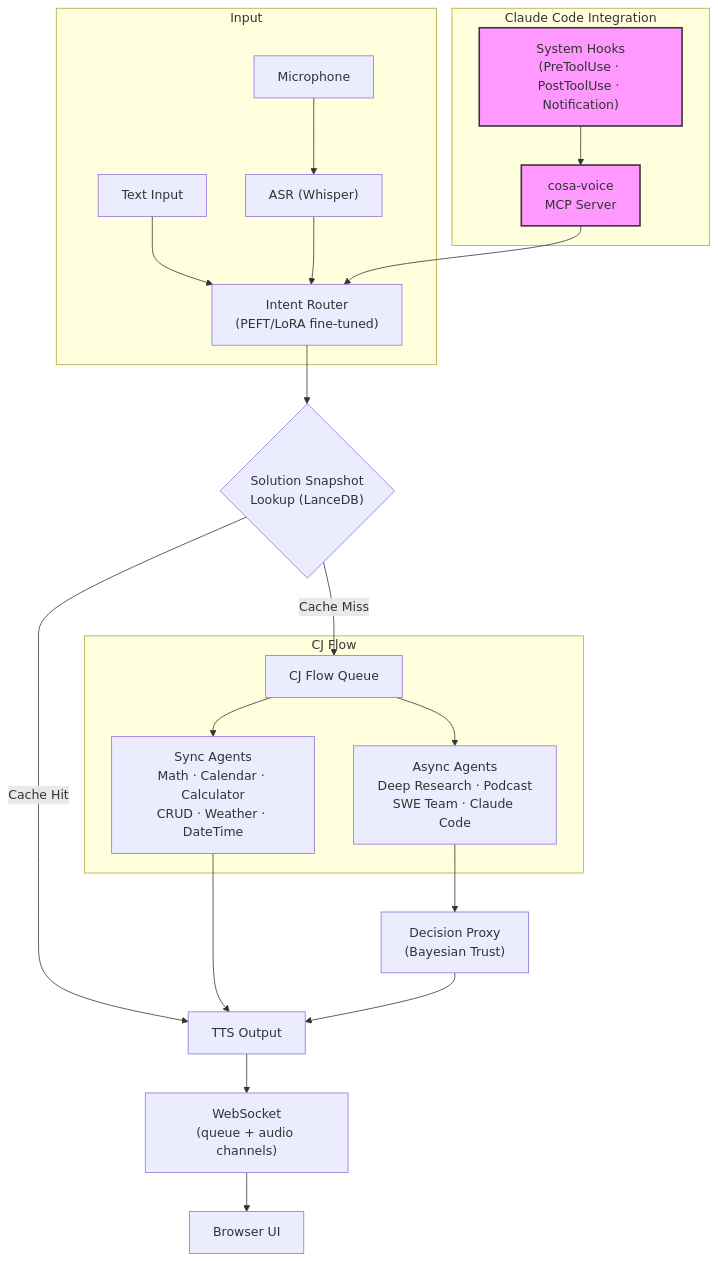
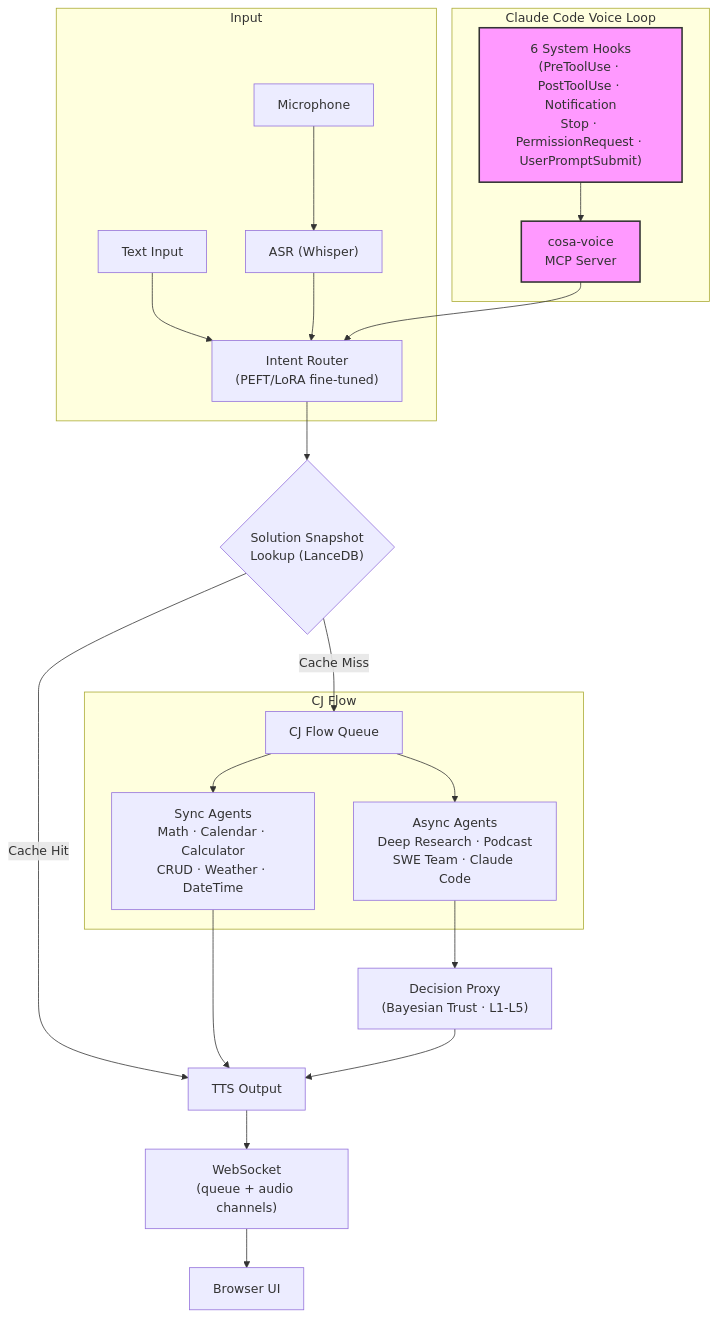
The diagram in README.md (deepily/lupin), drawn with Mermaid before and after one commit. The commit also changed other lines of this file and 4 other files, not shown here.

````diff
--- a/README.md
+++ b/README.md
@@ -35,33 +45,33 @@
 ```mermaid
 flowchart TD
     subgraph Input
         MIC["Microphone"] --> ASR["ASR (Whisper)"]
         TEXT["Text Input"] --> ROUTER
     end
 
     ASR --> ROUTER["Intent Router<br/>(PEFT/LoRA fine-tuned)"]
 
     ROUTER --> SNAP{"Solution Snapshot<br/>Lookup (LanceDB)"}
     SNAP -- "Cache Hit" --> TTS["TTS Output"]
     SNAP -- "Cache Miss" --> CJ["CJ Flow Queue"]
 
     subgraph CJ Flow
         CJ --> SYNC["Sync Agents<br/>Math · Calendar · Calculator<br/>CRUD · Weather · DateTime"]
         CJ --> ASYNC["Async Agents<br/>Deep Research · Podcast<br/>SWE Team · Claude Code"]
     end
 
     SYNC --> TTS
-    ASYNC --> PROXY["Decision Proxy<br/>(Bayesian Trust)"]
+    ASYNC --> PROXY["Decision Proxy<br/>(Bayesian Trust · L1-L5)"]
     PROXY --> TTS
 
     TTS --> WS["WebSocket<br/>(queue + audio channels)"]
     WS --> BROWSER["Browser UI"]
 
-    subgraph Claude Code Integration
-        HOOKS["System Hooks<br/>(PreToolUse · PostToolUse · Notification)"] --> MCP["cosa-voice<br/>MCP Server"]
+    subgraph Claude Code Voice Loop
+        HOOKS["6 System Hooks<br/>(PreToolUse · PostToolUse · Notification<br/>Stop · PermissionRequest · UserPromptSubmit)"] --> MCP["cosa-voice<br/>MCP Server"]
         MCP --> ROUTER
     end
 
     style HOOKS fill:#f9f,stroke:#333,stroke-width:2px
     style MCP fill:#f9f,stroke:#333,stroke-width:2px
 ```
````
